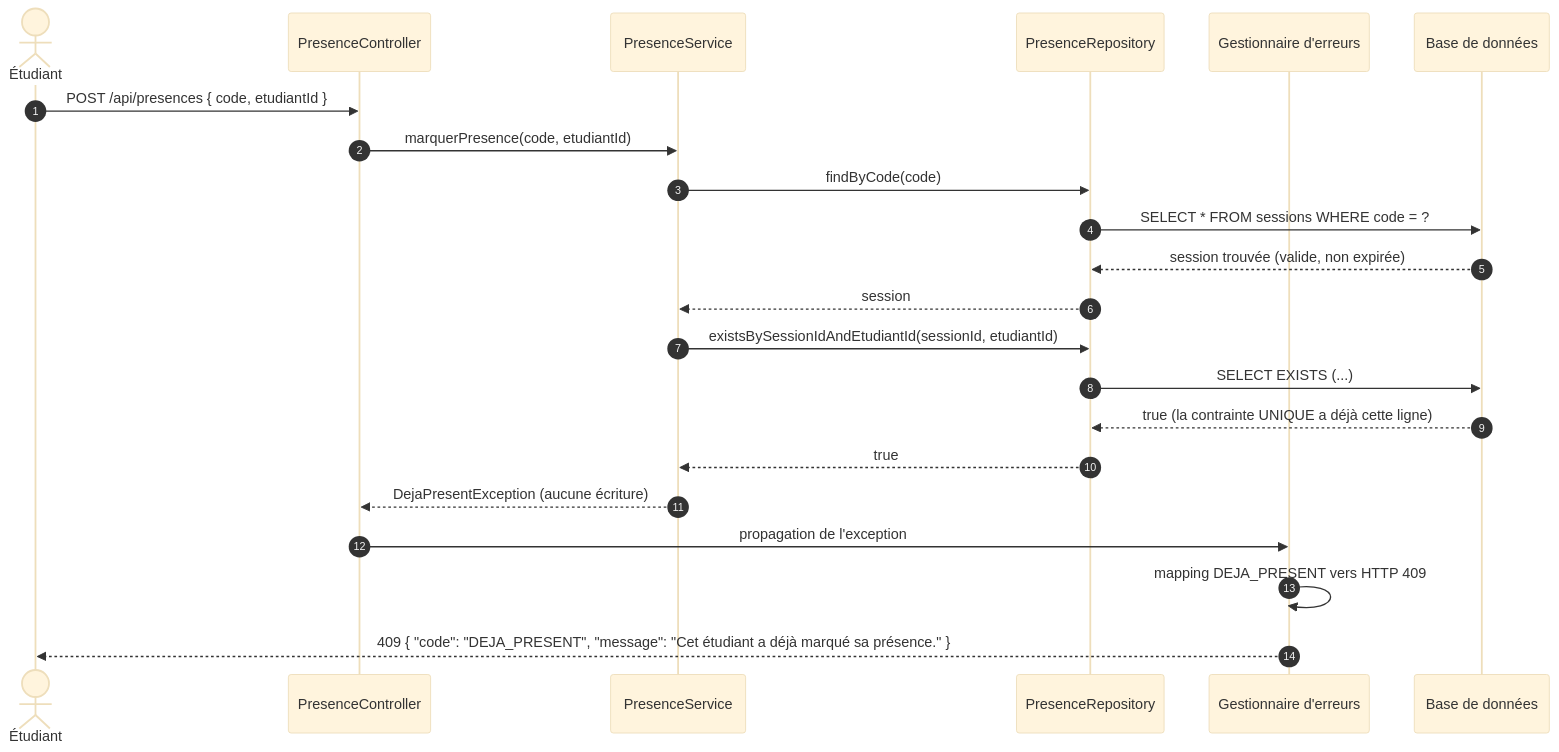
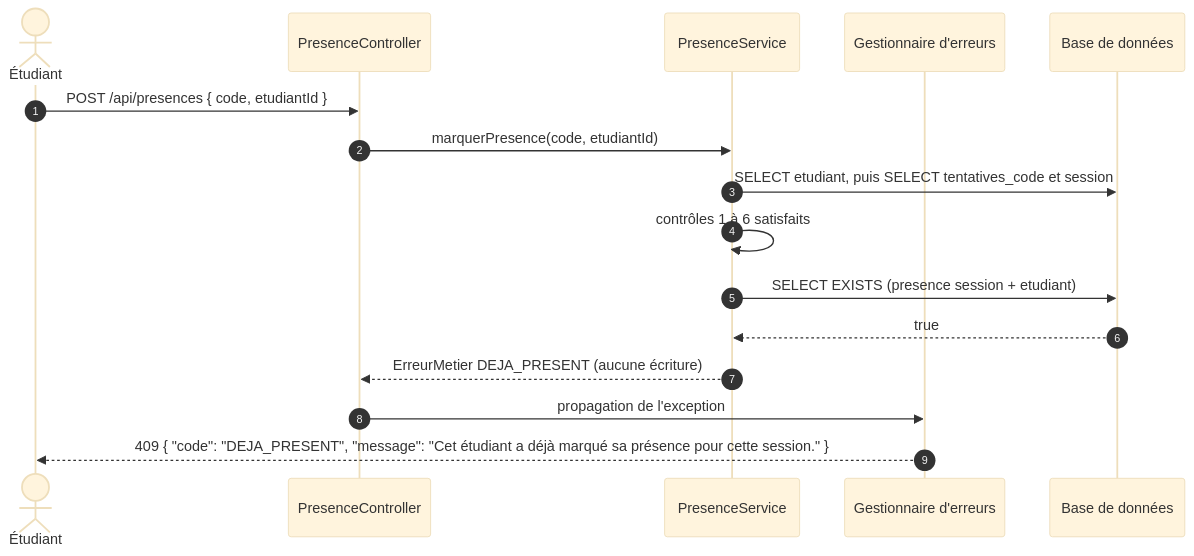
The third of 4 diagrams in docs/diagrammes/D3.md (Ulrichsk/KFOKAM48-EPREUVE-249), drawn with Mermaid (base theme) before and after one commit. The commit also changed other lines of this file and 10 other files, not shown here.

````diff
--- a/docs/diagrammes/D3.md
+++ b/docs/diagrammes/D3.md
@@ -86,29 +99,22 @@
 ```mermaid
 sequenceDiagram
     autonumber
     actor E as Étudiant
     participant C as PresenceController
     participant S as PresenceService
-    participant R as PresenceRepository
     participant H as Gestionnaire d'erreurs
     participant DB as Base de données
 
     E->>C: POST /api/presences { code, etudiantId }
     C->>S: marquerPresence(code, etudiantId)
 
-    S->>R: findByCode(code)
-    R->>DB: SELECT * FROM sessions WHERE code = ?
-    DB-->>R: session trouvée (valide, non expirée)
-    R-->>S: session
+    S->>DB: SELECT etudiant, puis SELECT tentatives_code et session
+    S->>S: contrôles 1 à 6 satisfaits
 
-    S->>R: existsBySessionIdAndEtudiantId(sessionId, etudiantId)
-    R->>DB: SELECT EXISTS (...)
-    DB-->>R: true (la contrainte UNIQUE a déjà cette ligne)
-    R-->>S: true
-
-    S-->>C: DejaPresentException (aucune écriture)
+    S->>DB: SELECT EXISTS (presence session + etudiant)
+    DB-->>S: true
+    S-->>C: ErreurMetier DEJA_PRESENT (aucune écriture)
 
     C->>H: propagation de l'exception
-    H->>H: mapping DEJA_PRESENT vers HTTP 409
-    H-->>E: 409 { "code": "DEJA_PRESENT", "message": "Cet étudiant a déjà marqué sa présence." }
+    H-->>E: 409 { "code": "DEJA_PRESENT", "message": "Cet étudiant a déjà marqué sa présence pour cette session." }
 ```
````
